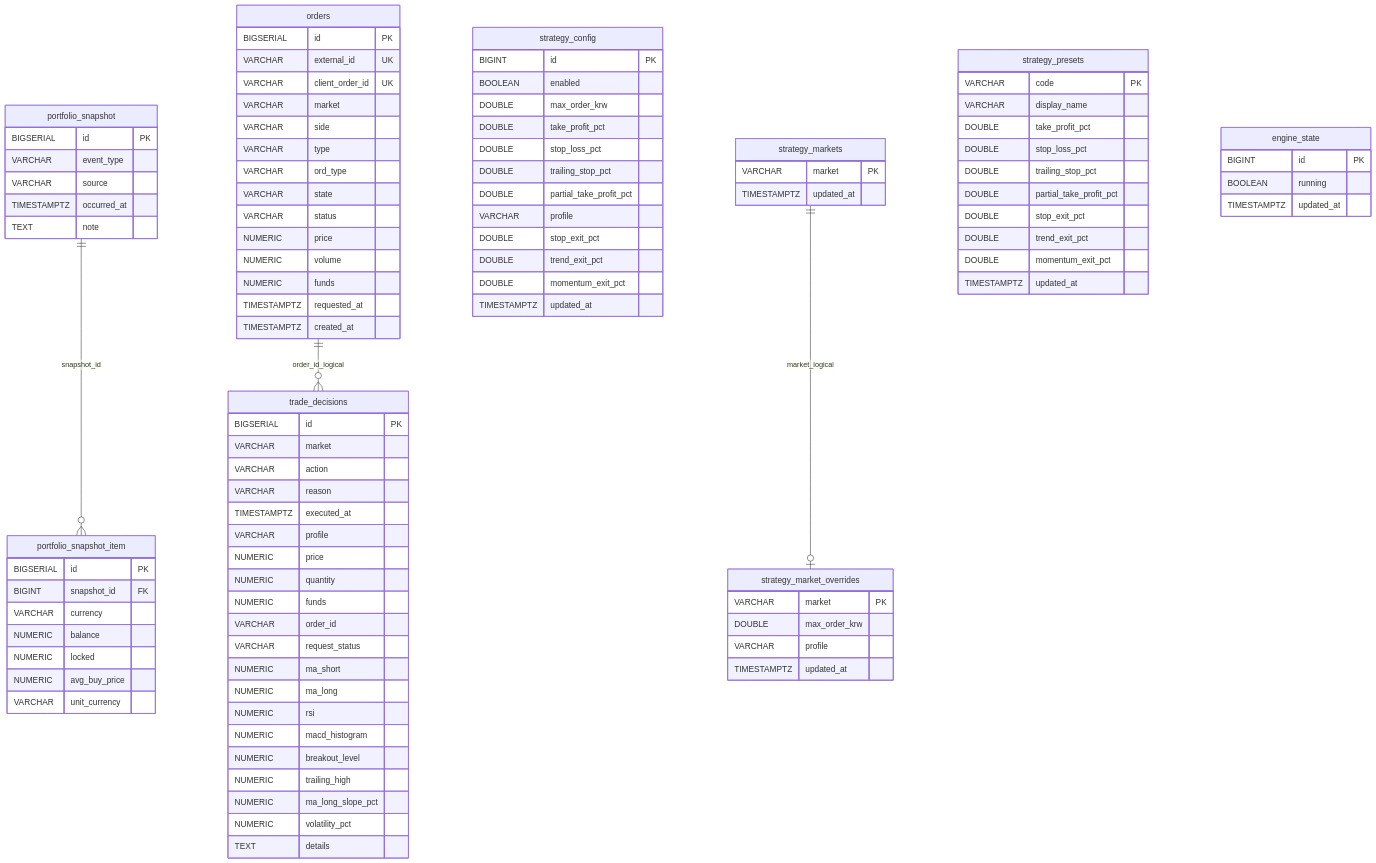
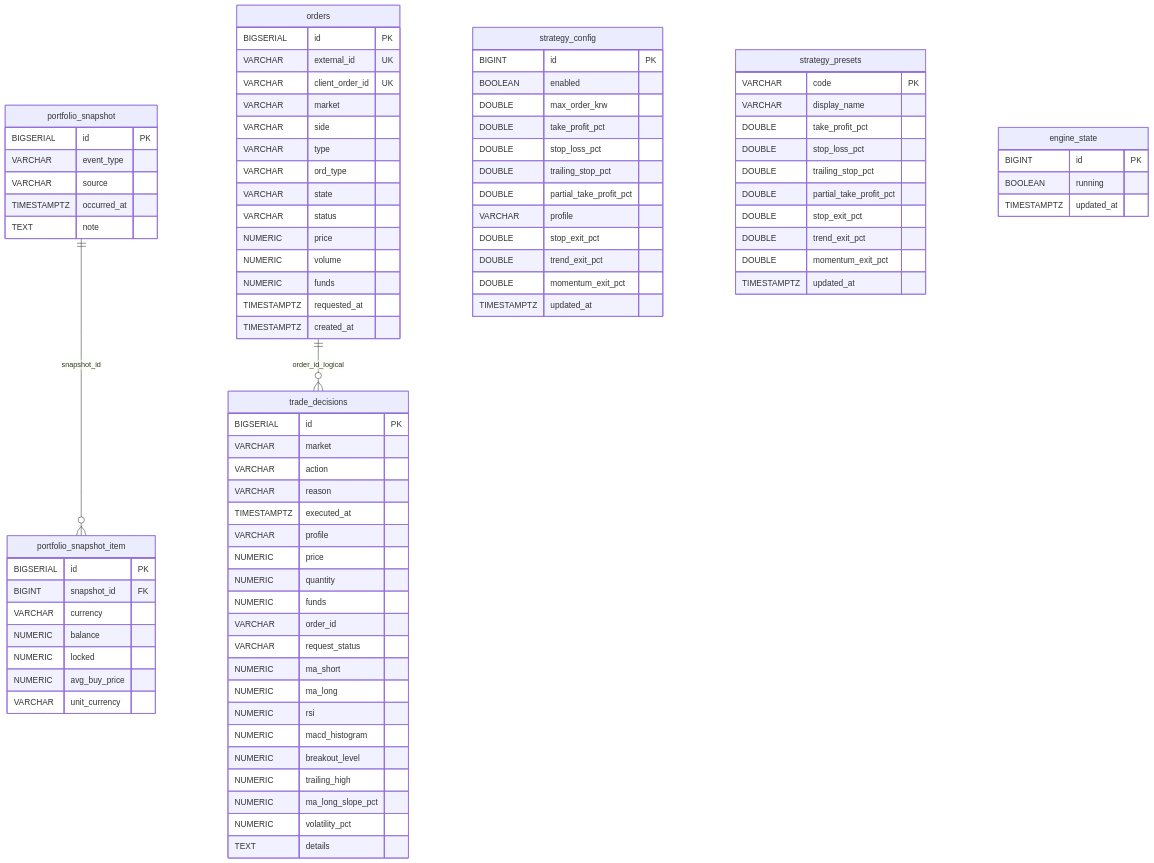
One commit to YooJuno/btc-auto-trader changed the diagram in apps/infra/db/ERD.md. Above: the diagram before and after it, drawn with Mermaid. The commit also changed other lines of this file and 8 other files, not shown here.

Commit message:
chore: update infra schema/docs/scripts for new backend/frontend integration

````diff
--- a/apps/infra/db/ERD.md
+++ b/apps/infra/db/ERD.md
@@ -52,11 +52,6 @@
     TIMESTAMPTZ updated_at
   }
 
-  strategy_markets {
-    VARCHAR market PK
-    TIMESTAMPTZ updated_at
-  }
-
   strategy_presets {
     VARCHAR code PK
     VARCHAR display_name
@@ -67,13 +62,6 @@
     DOUBLE stop_exit_pct
     DOUBLE trend_exit_pct
     DOUBLE momentum_exit_pct
-    TIMESTAMPTZ updated_at
-  }
-
-  strategy_market_overrides {
-    VARCHAR market PK
-    DOUBLE max_order_krw
-    VARCHAR profile
     TIMESTAMPTZ updated_at
   }
 
@@ -107,6 +95,5 @@
   }
 
   portfolio_snapshot ||--o{ portfolio_snapshot_item : snapshot_id
-  strategy_markets ||--o| strategy_market_overrides : market_logical
   orders ||--o{ trade_decisions : order_id_logical
 ```
````
